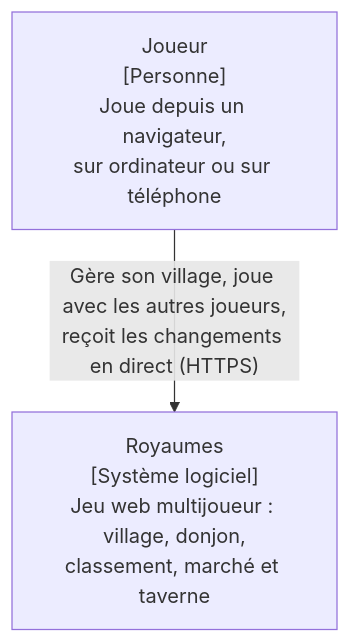
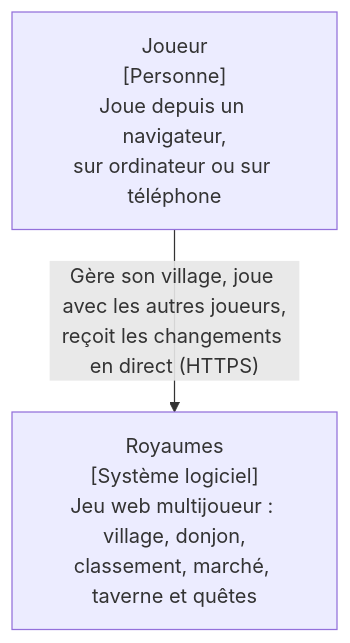
Before and after one commit to leon-morival/kingdom: the first of 7 diagrams in docs/architecture.md, drawn with Mermaid. The commit also changed other lines of this file and 16 other files, not shown here.

````diff
--- a/docs/architecture.md
+++ b/docs/architecture.md
@@ -12,6 +12,6 @@
 ```mermaid
 flowchart TB
   joueur["Joueur<br/>[Personne]<br/>Joue depuis un navigateur,<br/>sur ordinateur ou sur téléphone"]
-  royaumes["Royaumes<br/>[Système logiciel]<br/>Jeu web multijoueur : village, donjon,<br/>classement, marché et taverne"]
+  royaumes["Royaumes<br/>[Système logiciel]<br/>Jeu web multijoueur : village, donjon,<br/>classement, marché, taverne et quêtes"]
   joueur -->|"Gère son village, joue avec les autres joueurs,<br/>reçoit les changements en direct (HTTPS)"| royaumes
 ```
````
